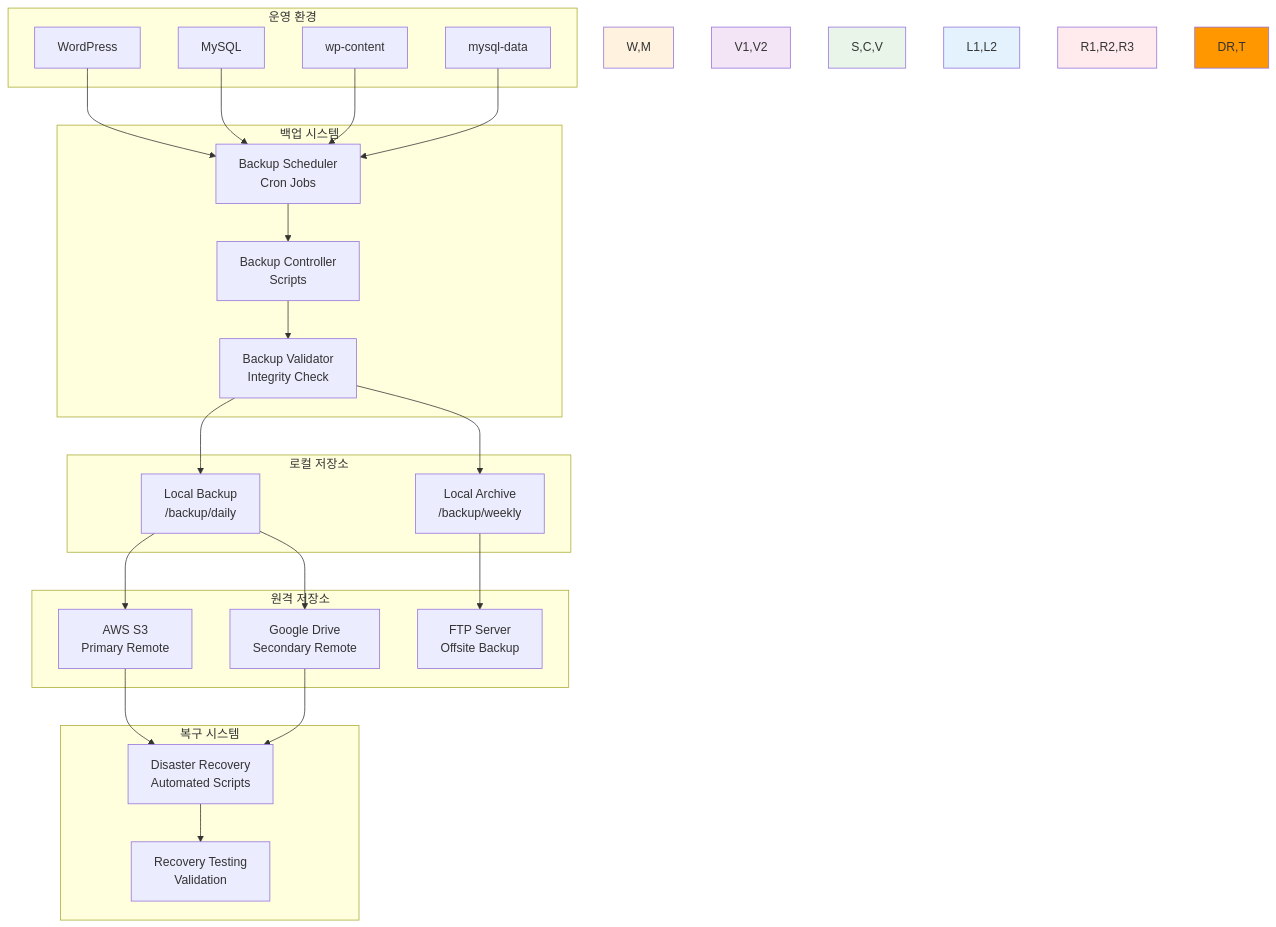
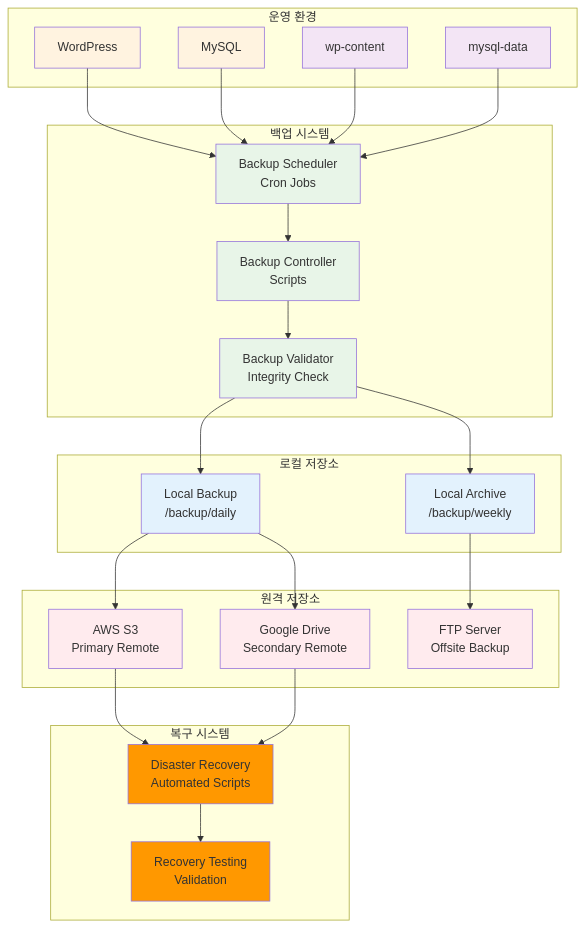
The diagram in theory/week_02/day2/lab_2.md (niceguy61/kdt_devops_lecture_2025), drawn with Mermaid before and after one commit. The commit also changed 63 other files, not shown here.

````diff
--- a/theory/week_02/day2/lab_2.md
+++ b/theory/week_02/day2/lab_2.md
@@ -30,56 +30,64 @@
 ```mermaid
 graph TB
     subgraph "운영 환경"
         W[WordPress]
         M[MySQL]
         V1[wp-content]
         V2[mysql-data]
     end
     
     subgraph "백업 시스템"
         S[Backup Scheduler<br/>Cron Jobs]
         C[Backup Controller<br/>Scripts]
         V[Backup Validator<br/>Integrity Check]
     end
     
     subgraph "로컬 저장소"
         L1[Local Backup<br/>/backup/daily]
         L2[Local Archive<br/>/backup/weekly]
     end
     
     subgraph "원격 저장소"
         R1[AWS S3<br/>Primary Remote]
         R2[Google Drive<br/>Secondary Remote]
         R3[FTP Server<br/>Offsite Backup]
     end
     
     subgraph "복구 시스템"
         DR[Disaster Recovery<br/>Automated Scripts]
         T[Recovery Testing<br/>Validation]
     end
     
     W --> S
     M --> S
     V1 --> S
     V2 --> S
     
     S --> C
     C --> V
     V --> L1
     V --> L2
     
     L1 --> R1
     L1 --> R2
     L2 --> R3
     
     R1 --> DR
     R2 --> DR
     DR --> T
     
-    style W,M fill:#fff3e0
-    style V1,V2 fill:#f3e5f5
-    style S,C,V fill:#e8f5e8
-    style L1,L2 fill:#e3f2fd
-    style R1,R2,R3 fill:#ffebee
-    style DR,T fill:#ff9800
+    style W fill:#fff3e0
+    style M fill:#fff3e0
+    style V1 fill:#f3e5f5
+    style V2 fill:#f3e5f5
+    style S fill:#e8f5e8
+    style C fill:#e8f5e8
+    style V fill:#e8f5e8
+    style L1 fill:#e3f2fd
+    style L2 fill:#e3f2fd
+    style R1 fill:#ffebee
+    style R2 fill:#ffebee
+    style R3 fill:#ffebee
+    style DR fill:#ff9800
+    style T fill:#ff9800
 ```
````
